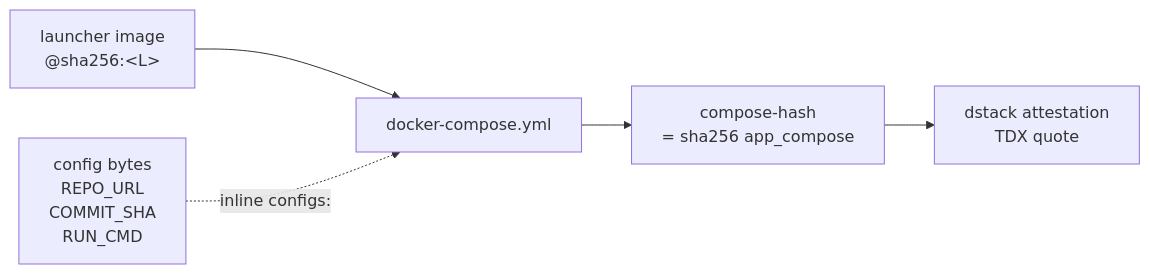
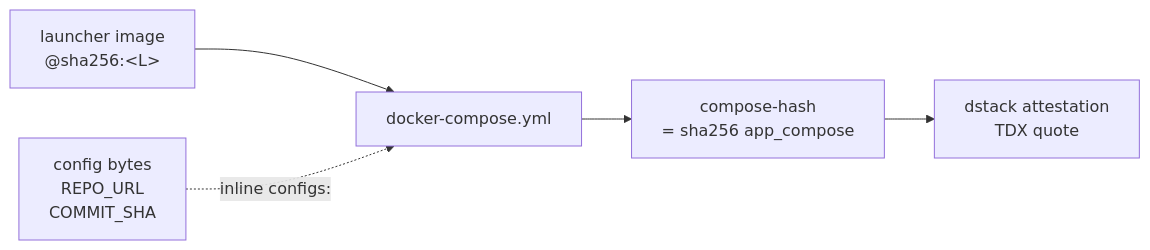
One commit to Dstack-TEE/dstack-examples changed the second of 3 diagrams in trusted-workload-launcher/VERIFY.md. Above: the diagram before and after it, drawn with Mermaid. The commit also changed other lines of this file and 5 other files, not shown here.

````diff
--- a/trusted-workload-launcher/VERIFY.md
+++ b/trusted-workload-launcher/VERIFY.md
@@ -56,7 +62,7 @@
 ```mermaid
 flowchart LR
     L[launcher image<br/>@sha256:&lt;L&gt;] --> CMP
-    P[config bytes<br/>REPO_URL<br/>COMMIT_SHA<br/>RUN_CMD] -.inline configs:.-> CMP
+    P[config bytes<br/>REPO_URL<br/>COMMIT_SHA] -.inline configs:.-> CMP
     CMP[docker-compose.yml] --> CH[compose-hash<br/>= sha256 app_compose]
     CH --> Q[dstack attestation<br/>TDX quote]
 ```
````
